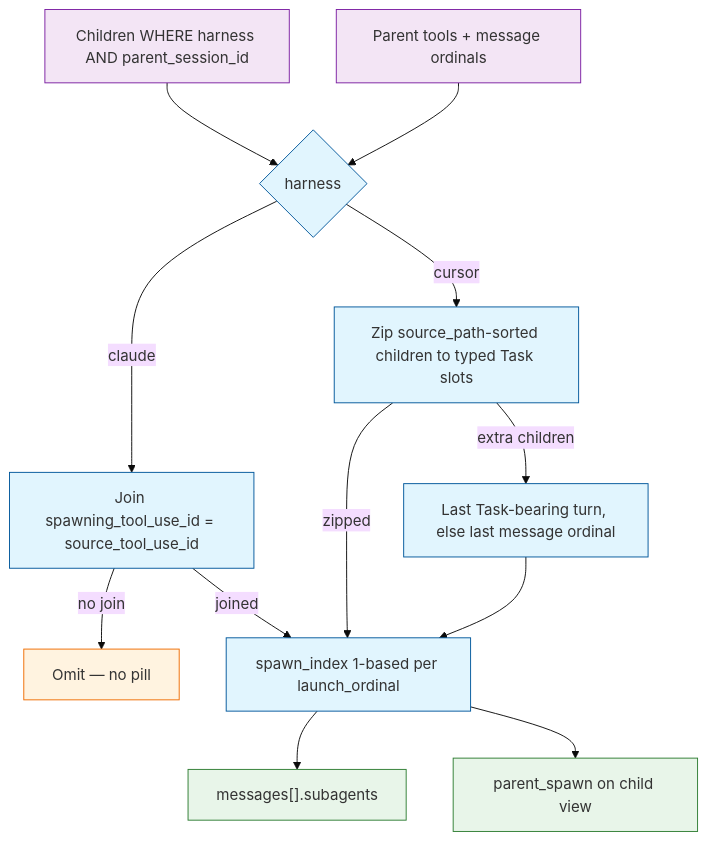
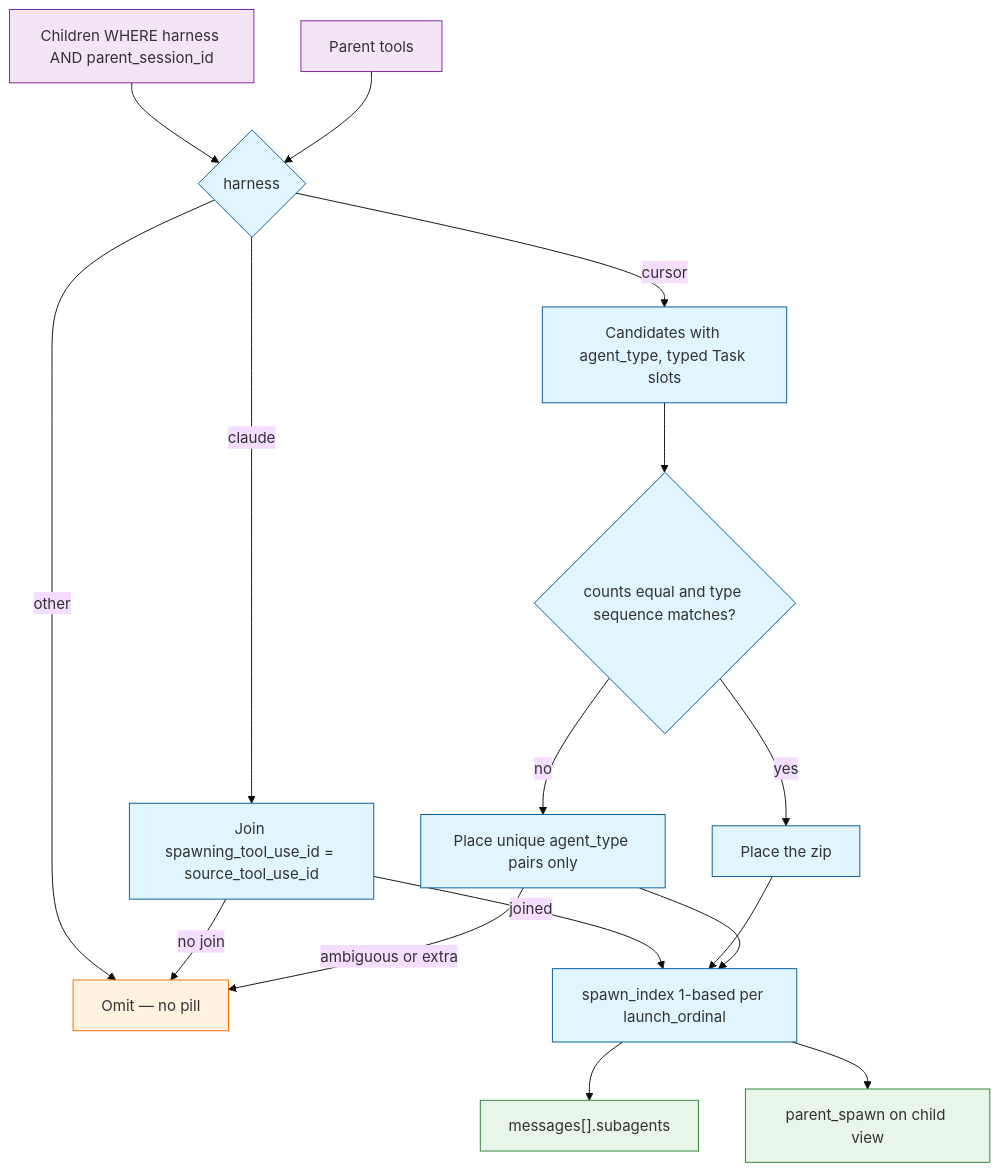
The second of 2 diagrams in memory-bank/active/tasks.md (Texarkanine/stockroom), drawn with Mermaid (base theme) before and after one commit. The commit also changed other lines of this file and 6 other files, not shown here.

````diff
--- a/memory-bank/active/tasks.md
+++ b/memory-bank/active/tasks.md
@@ -33,19 +33,23 @@
 ```mermaid
 flowchart TD
     classDef store fill:#f3e5f5,stroke:#7b1fa2;
     classDef logic fill:#e1f5fe,stroke:#01579b;
     classDef out fill:#e8f5e9,stroke:#2e7d32;
     classDef drop fill:#fff3e0,stroke:#ef6c00;
 
     Kids["Children WHERE harness AND parent_session_id"]:::store --> Branch{"harness"}:::logic
-    Tools["Parent tools + message ordinals"]:::store --> Branch
+    Tools["Parent tools"]:::store --> Branch
     Branch -->|"claude"| Join["Join spawning_tool_use_id = source_tool_use_id"]:::logic
-    Branch -->|"cursor"| Zip["Zip source_path-sorted children to typed Task slots"]:::logic
-    Join -->|"no join"| Omit["Omit — no pill"]:::drop
+    Branch -->|"cursor"| Cursor["Candidates with agent_type, typed Task slots"]:::logic
+    Branch -->|"other"| Omit["Omit — no pill"]:::drop
+    Join -->|"no join"| Omit
     Join -->|"joined"| Index["spawn_index 1-based per launch_ordinal"]:::logic
-    Zip -->|"extra children"| Leftover["Last Task-bearing turn, else last message ordinal"]:::logic
-    Zip -->|"zipped"| Index
-    Leftover --> Index
+    Cursor --> Aligned{"counts equal and type sequence matches?"}:::logic
+    Aligned -->|"yes"| Zip["Place the zip"]:::logic
+    Aligned -->|"no"| Unique["Place unique agent_type pairs only"]:::logic
+    Zip --> Index
+    Unique --> Index
+    Unique -->|"ambiguous or extra"| Omit
     Index --> Msg["messages[].subagents"]:::out
     Index --> Back["parent_spawn on child view"]:::out
 ```
````
